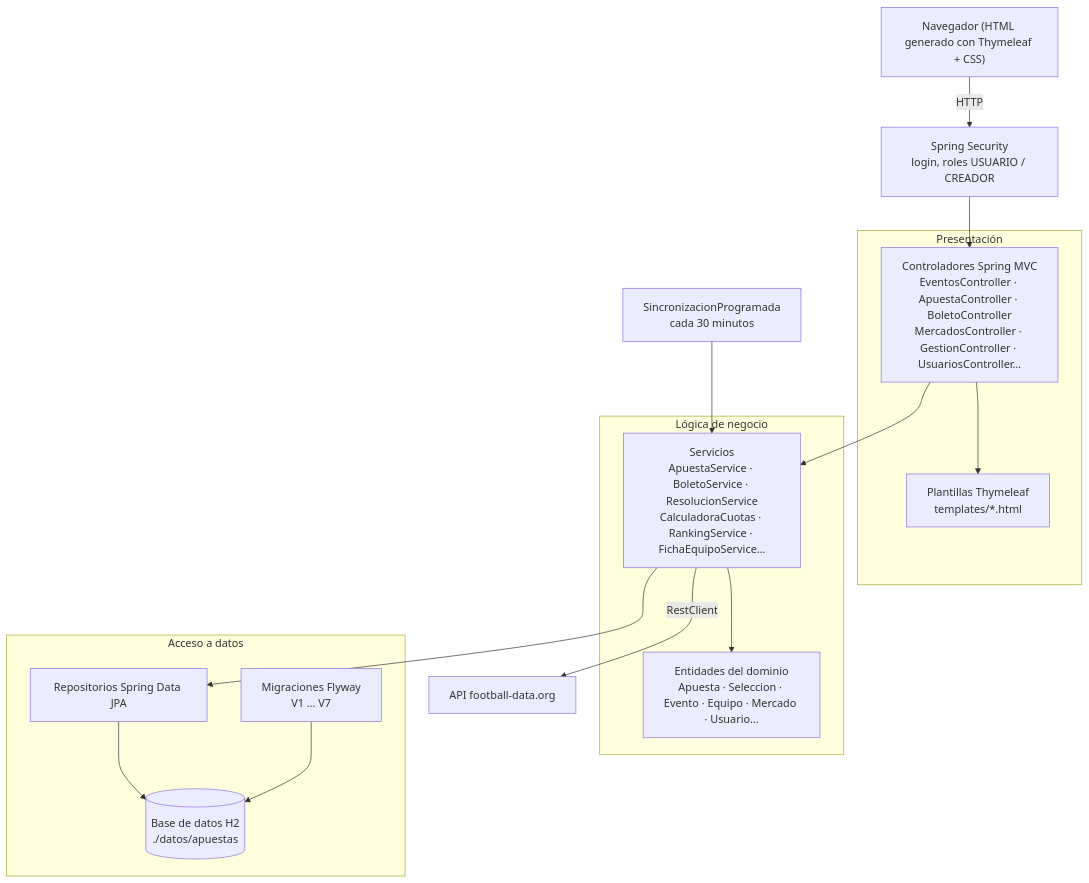
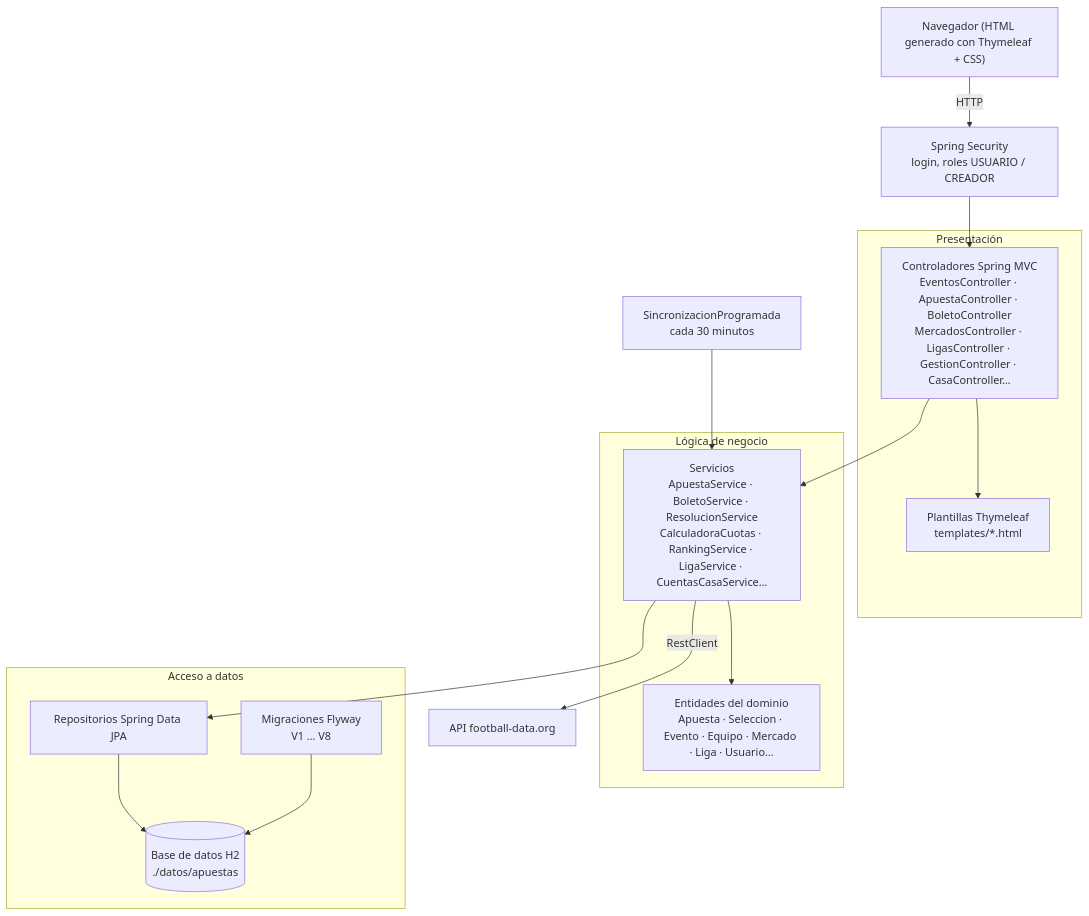
One commit to riverri/IS1 changed the second of 9 diagrams in docs/diseno/uml.md. Above: the diagram before and after it, drawn with Mermaid. The commit also changed other lines of this file and 52 other files, not shown here.

First line of the commit message:
feat: Sprint 11 · ligas privadas, más tipos de apuesta y cuentas de la casa

````diff
--- a/docs/diseno/uml.md
+++ b/docs/diseno/uml.md
@@ -58,33 +60,33 @@
 ```mermaid
 flowchart TB
     navegador["Navegador (HTML generado con Thymeleaf + CSS)"]
 
     subgraph presentacion [Presentación]
-        controladores["Controladores Spring MVC<br/>EventosController · ApuestaController · BoletoController<br/>MercadosController · GestionController · UsuariosController…"]
+        controladores["Controladores Spring MVC<br/>EventosController · ApuestaController · BoletoController<br/>MercadosController · LigasController · GestionController · CasaController…"]
         plantillas["Plantillas Thymeleaf<br/>templates/*.html"]
     end
 
     subgraph negocio [Lógica de negocio]
-        servicios["Servicios<br/>ApuestaService · BoletoService · ResolucionService<br/>CalculadoraCuotas · RankingService · FichaEquipoService…"]
-        dominio["Entidades del dominio<br/>Apuesta · Seleccion · Evento · Equipo · Mercado · Usuario…"]
+        servicios["Servicios<br/>ApuestaService · BoletoService · ResolucionService<br/>CalculadoraCuotas · RankingService · LigaService · CuentasCasaService…"]
+        dominio["Entidades del dominio<br/>Apuesta · Seleccion · Evento · Equipo · Mercado · Liga · Usuario…"]
     end
 
     subgraph datos [Acceso a datos]
         repositorios["Repositorios Spring Data JPA"]
-        flyway["Migraciones Flyway<br/>V1 … V7"]
+        flyway["Migraciones Flyway<br/>V1 … V8"]
         h2[("Base de datos H2<br/>./datos/apuestas")]
     end
 
     seguridad["Spring Security<br/>login, roles USUARIO / CREADOR"]
     api["API football-data.org"]
     programada["SincronizacionProgramada<br/>cada 30 minutos"]
 
     navegador -->|HTTP| seguridad --> controladores
     controladores --> plantillas
     controladores --> servicios
     servicios --> dominio
     servicios --> repositorios --> h2
     flyway --> h2
     programada --> servicios
     servicios -->|RestClient| api
 ```
````
